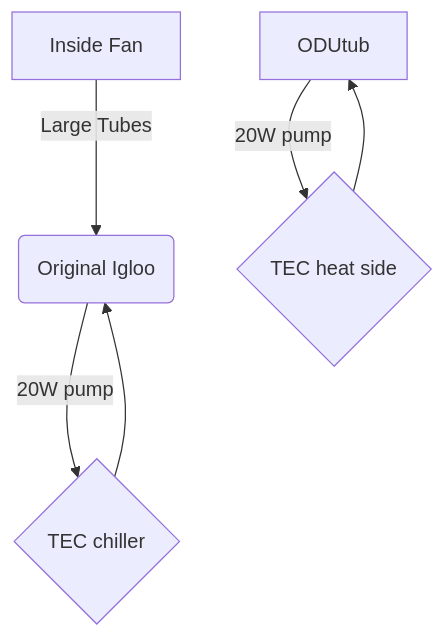
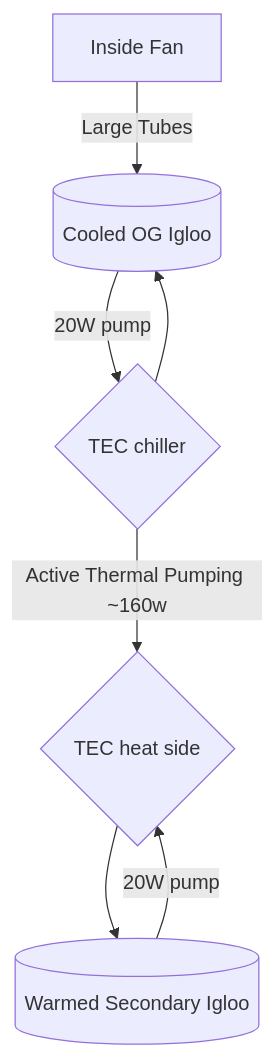
Before and after one commit to ericdmoore/casitaAzul: the diagram in src/cooling/readme.md, drawn with Mermaid. The commit also changed other lines of this file, not shown here.

Commit message:
diagram updates

````diff
--- a/src/cooling/readme.md
+++ b/src/cooling/readme.md
@@ -28,8 +28,10 @@
 ```mermaid
 flowchart TD
-   IDU[Inside Fan] -->|Large Tubes| IDUtub(Original Igloo)
+
+   IDU[Inside Fan] -->|Large Tubes| IDUtub[(Cooled OG Igloo)]
    IDUtub -->|20W pump| TECcold{TEC chiller}
    TECcold --> IDUtub
-   ODUtub -->|20W pump| TEChot{TEC heat side}
+   TECcold --> |Active Thermal Pumping ~160w| TEChot
+   ODUtub[(Warmed Secondary Igloo)] -->|20W pump| TEChot{TEC heat side}
    TEChot{TEC heat side} --> ODUtub
 ```
````
